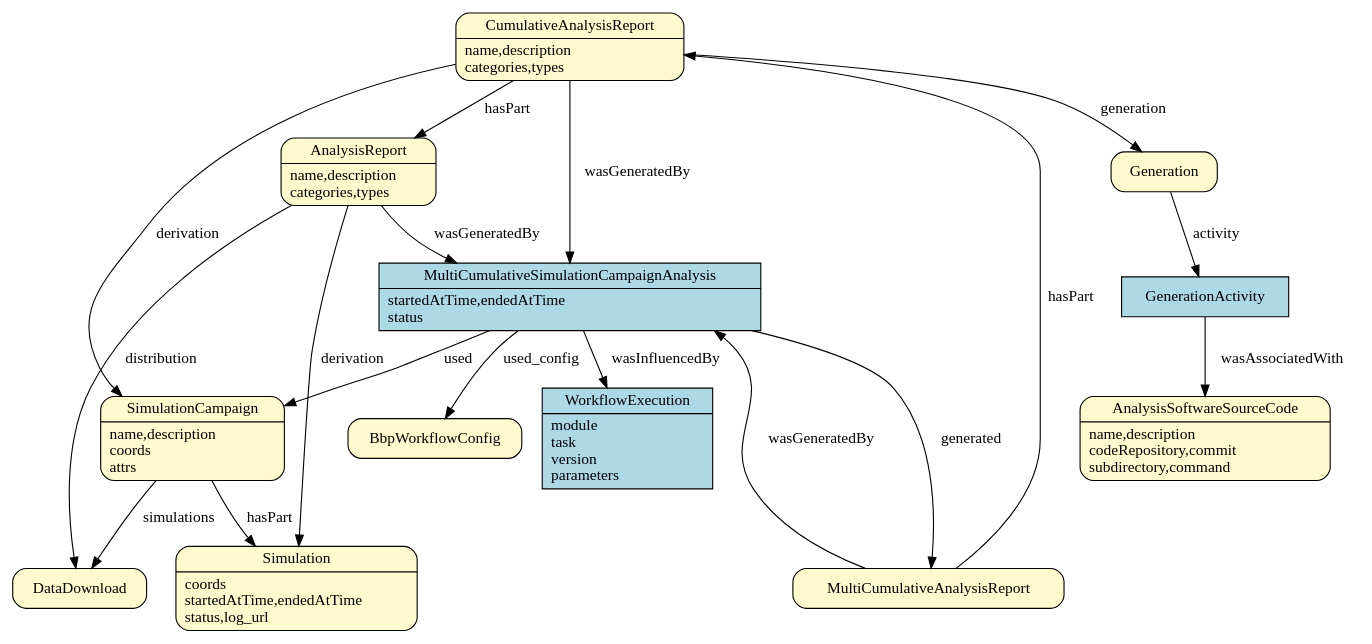
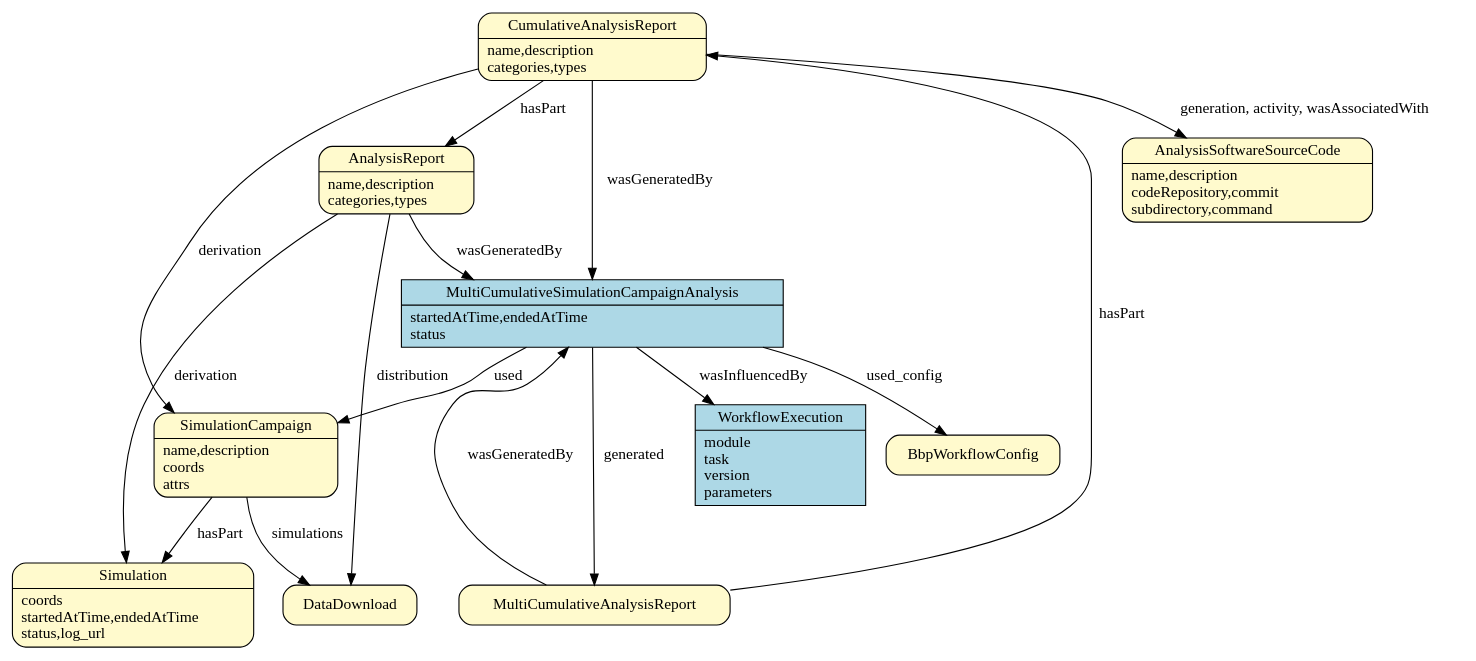
Before and after one commit to BlueBrain/entity-management: the sixth of 7 diagrams in doc/source/prov_patterns.rst, drawn with Graphviz. The commit also changed other lines of this file, not shown here.

```diff
--- a/doc/source/prov_patterns.rst
+++ b/doc/source/prov_patterns.rst
@@ -269,12 +269,6 @@
             href = "./generated/entity_management.simulation.html#entity_management.simulation.AnalysisSoftwareSourceCode"
             target = "_top"
         ]
-        Generation [
-            shape = Mrecord style = filled fillcolor = lemonchiffon
-        ]
-        GenerationActivity [
-            shape = record style = filled fillcolor = lightblue
-        ]
         WorkflowExecution [
             shape = record style = filled fillcolor = lightblue
             label = "{WorkflowExecution|module\ltask\lversion\lparameters\l}"
@@ -296,9 +290,7 @@
         CumulativeAnalysisReport -> SimulationCampaign [label = "derivation"];
         CumulativeAnalysisReport -> MultiCumulativeSimulationCampaignAnalysis [label = "wasGeneratedBy"];
         CumulativeAnalysisReport -> AnalysisReport [label = "hasPart"];
-        CumulativeAnalysisReport -> Generation [label = "generation"];
-        Generation -> GenerationActivity [label = "activity"];
-        GenerationActivity -> AnalysisSoftwareSourceCode [label = "wasAssociatedWith"];
+        CumulativeAnalysisReport -> AnalysisSoftwareSourceCode [label = "generation, activity, wasAssociatedWith"];
         MultiCumulativeAnalysisReport -> MultiCumulativeSimulationCampaignAnalysis [label = "wasGeneratedBy"];
         MultiCumulativeAnalysisReport -> CumulativeAnalysisReport [label = "hasPart"];
     }
```
